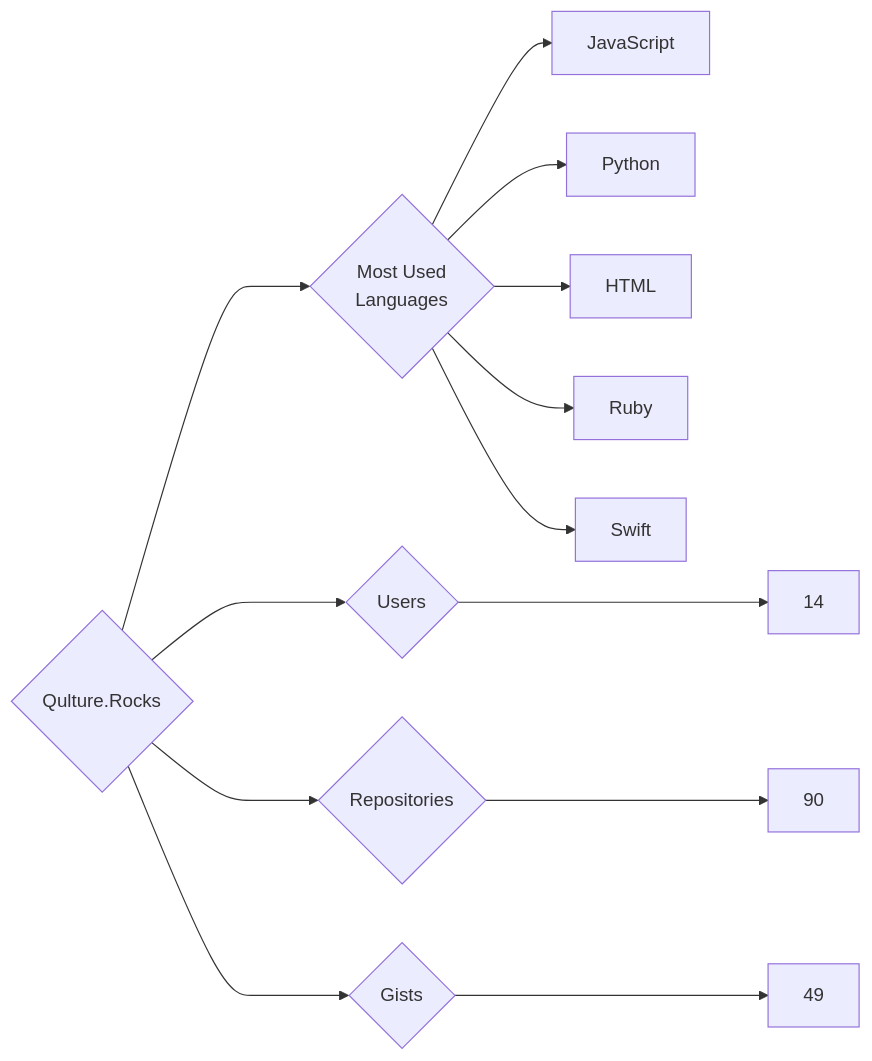
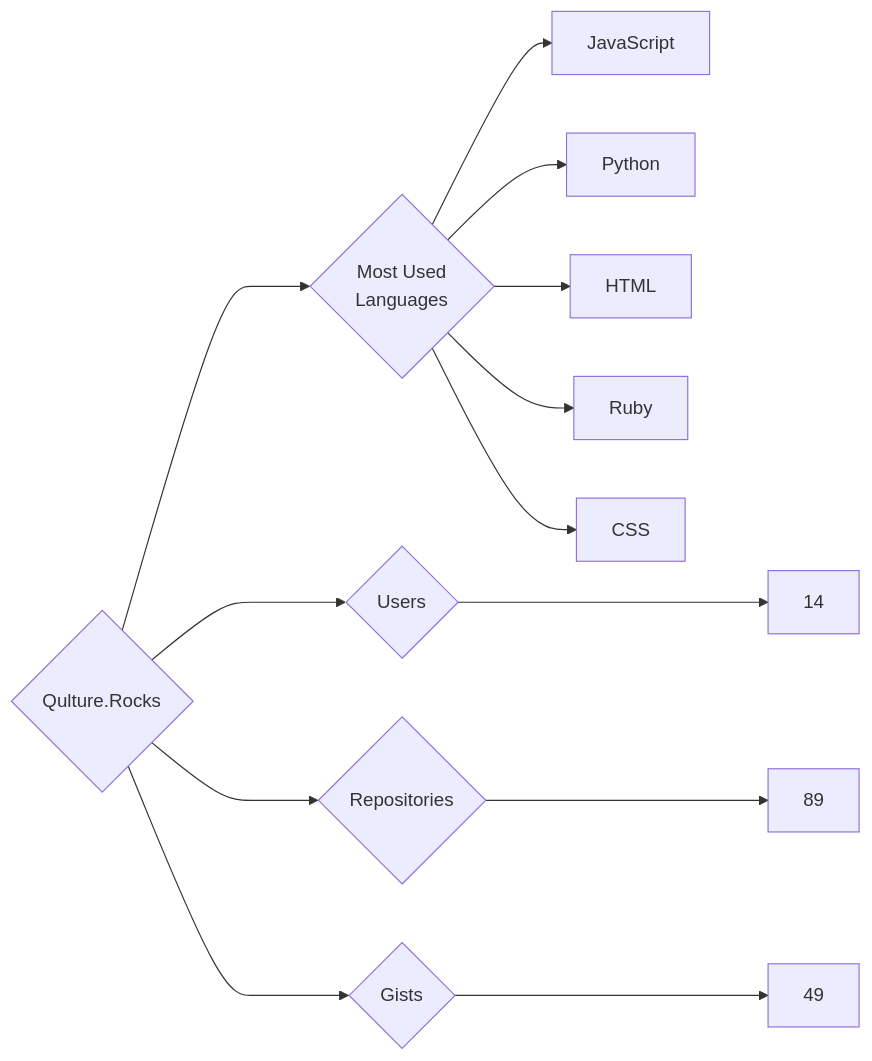
One commit to trickest/insiders changed the diagram in targets/Qulture.Rocks/README.md. Above: the diagram before and after it, drawn with Mermaid. The commit also changed 839 other files, not shown here.

````diff
--- a/targets/Qulture.Rocks/README.md
+++ b/targets/Qulture.Rocks/README.md
@@ -3,13 +3,13 @@
 ```mermaid
 graph LR
 COMPANY_NAME{Qulture.Rocks}
 COMPANY_NAME ---> U{Users} ---> UN[14]
-COMPANY_NAME ---> R{Repositories} ---> RN[90]
+COMPANY_NAME ---> R{Repositories} ---> RN[89]
 COMPANY_NAME ---> G{Gists} ---> GN[49]
 COMPANY_NAME ---> ML{Most Used<br>Languages}
 ML --> JavaScript[JavaScript]
 ML --> Python[Python]
 ML --> HTML[HTML]
 ML --> Ruby[Ruby]
-ML --> Swift[Swift]
+ML --> CSS[CSS]
 ```
````
